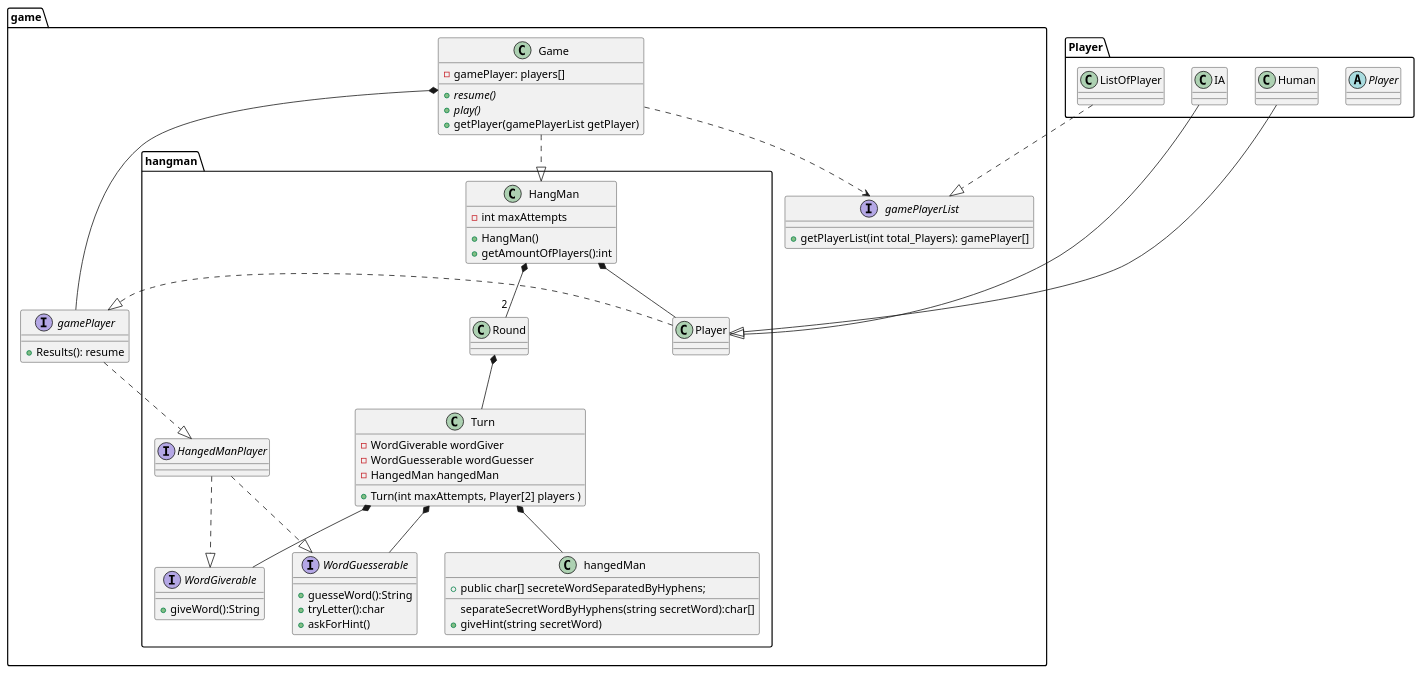
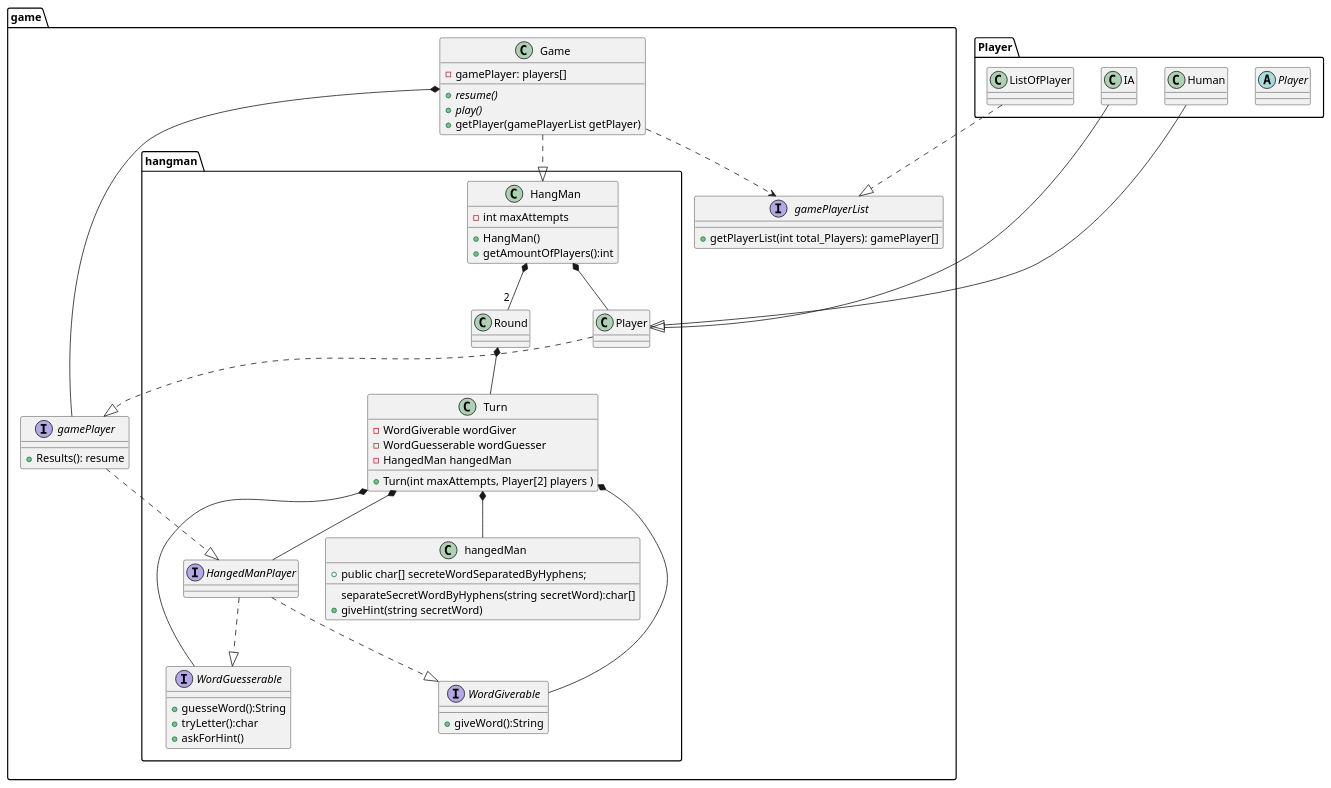
Before and after one commit to sergiomendez2/newworkspacecodinggame: the diagram in docs/classdiagram/hangmanClassDiagram.puml, drawn with PlantUML.

Commit message:
sending the updates on the diagram hangman

```diff
--- a/docs/classdiagram/hangmanClassDiagram.puml
+++ b/docs/classdiagram/hangmanClassDiagram.puml
@@ -1,80 +1,81 @@
 @startuml
 package Player {
 abstract Player{}
 class ListOfPlayer{}
 class IA
 class Human
 }
 package game {
 
 interface gamePlayer{
         +Results(): resume
     }
     class Game {
         -gamePlayer: players[]
         +{abstract} resume()
         +{abstract} play()
         +getPlayer(gamePlayerList getPlayer)
     }
     interface gamePlayerList{
             +getPlayerList(int total_Players): gamePlayer[]
     }
 
 package hangman{
 class hangedMan{
 +public char[] secreteWordSeparatedByHyphens;
 separateSecretWordByHyphens(string secretWord):char[]
 +giveHint(string secretWord)
 }
 Interface HangedManPlayer
     class HangMan{
         +HangMan()
         +getAmountOfPlayers():int
         -int maxAttempts
     }
 
     class Round
 
     class Turn{
         -WordGiverable wordGiver
         -WordGuesserable wordGuesser
         -HangedMan hangedMan
         +Turn(int maxAttempts, Player[2] players )
     }
 
     interface WordGiverable{
         +giveWord():String
     }
 
     interface WordGuesserable{
         +guesseWord():String
         +tryLetter():char
         +askForHint()
     }
 
     HangedManPlayer ..|> WordGiverable
     HangedManPlayer ..|> WordGuesserable
 
     Turn *-- WordGiverable
     Turn *-- WordGuesserable
     Turn *-- hangedMan
     Round *-- Turn
     HangMan *-- Player
     HangMan *-- "2" Round
 
 
 
 
 gamePlayer..|> HangedManPlayer
 Player ..|> gamePlayer
 ListOfPlayer ..|> gamePlayerList
 Game..>gamePlayerList
 Game..|>HangMan
 Game*--gamePlayer
 IA--|>Player
 Human--|>Player
+Turn*--HangedManPlayer
 
 
 }
 }
 @enduml
```
